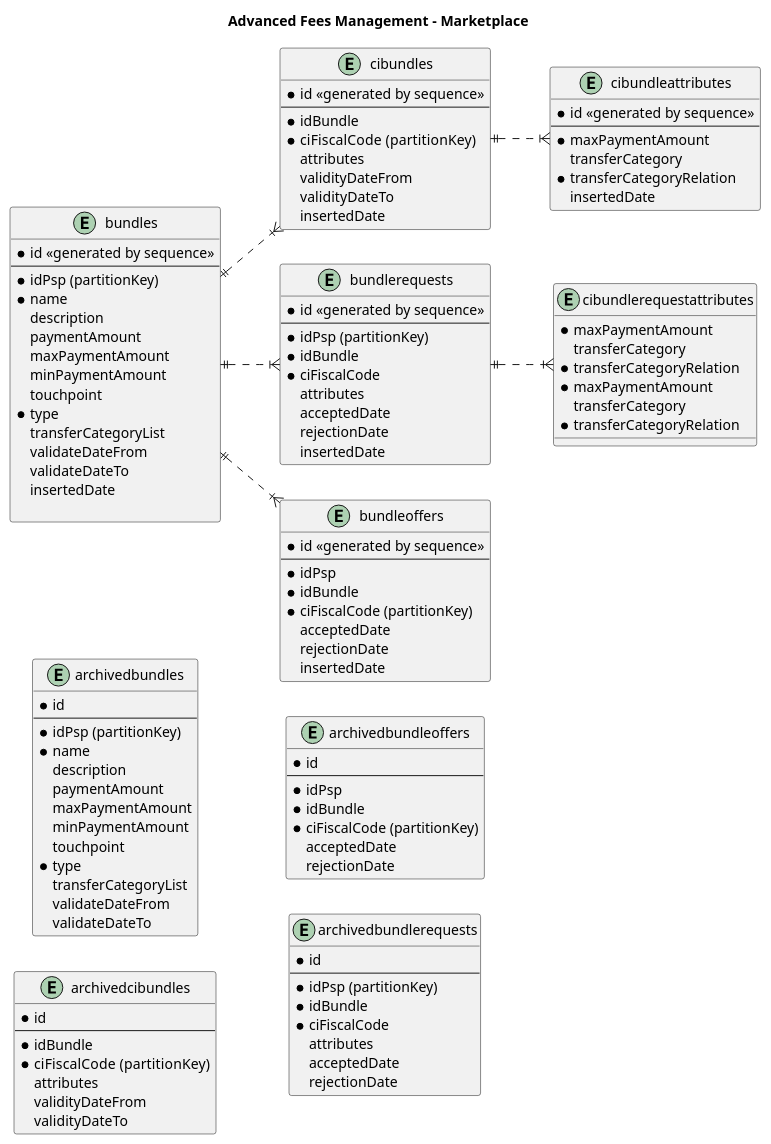
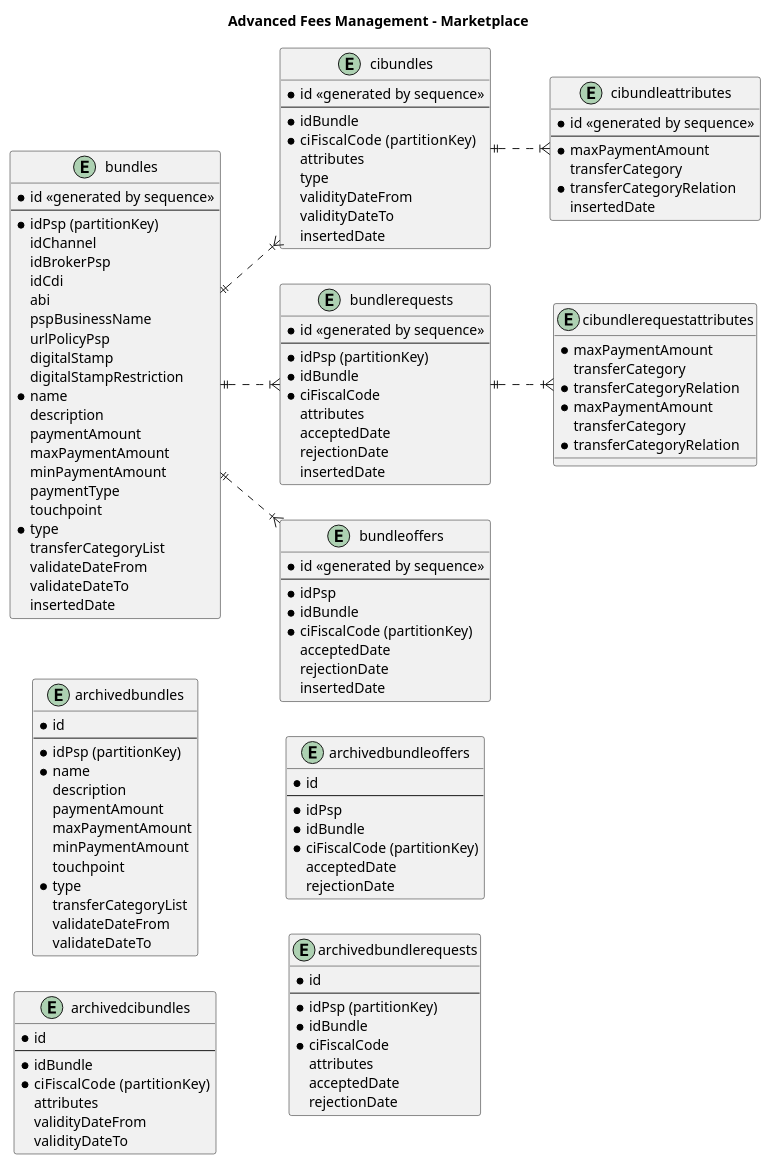
Before and after one commit to pagopa/pagopa-afm-marketplace-be: the diagram in doc/entities.puml, drawn with PlantUML.

Commit message:
PAGOPA-1675 allineamento schema ER

```diff
--- a/doc/entities.puml
+++ b/doc/entities.puml
@@ -1,133 +1,142 @@
 @startuml ER-debtPosition
 left to right direction
 
 title Advanced Fees Management - Marketplace
 
 
 entity bundles {
   * id <<generated by sequence>>
   --
   * idPsp (partitionKey)
+  idChannel
+  idBrokerPsp
+  idCdi
+  abi
+  pspBusinessName
+  urlPolicyPsp
+  digitalStamp
+  digitalStampRestriction
   * name
   description
   paymentAmount
   maxPaymentAmount
   minPaymentAmount
+  paymentType
   touchpoint
   * type
   transferCategoryList
   validateDateFrom
   validateDateTo
   insertedDate
-
 }
 
 entity cibundles {
   * id <<generated by sequence>>
   --
   * idBundle
   * ciFiscalCode  (partitionKey)
   attributes
+  type
   validityDateFrom
   validityDateTo
   insertedDate
 }
 
 entity cibundleattributes {
   * id <<generated by sequence>>
   --
   * maxPaymentAmount
   transferCategory
   * transferCategoryRelation
   insertedDate
 }
 
 entity bundlerequests {
   * id <<generated by sequence>>
   --
   * idPsp (partitionKey)
   * idBundle
   * ciFiscalCode
   attributes
   acceptedDate
   rejectionDate
   insertedDate
 }
 
 entity cibundlerequestattributes {
   * maxPaymentAmount
   transferCategory
   * transferCategoryRelation
 }
 
 entity bundleoffers {
   * id <<generated by sequence>>
   --
   * idPsp
   * idBundle
   * ciFiscalCode (partitionKey)
   acceptedDate
   rejectionDate
   insertedDate
 }
 
 entity archivedbundles {
   * id
   --
   * idPsp (partitionKey)
   * name
   description
   paymentAmount
   maxPaymentAmount
   minPaymentAmount
   touchpoint
   * type
   transferCategoryList
   validateDateFrom
   validateDateTo
 }
 
 entity archivedcibundles {
   * id
   --
   * idBundle
   * ciFiscalCode  (partitionKey)
   attributes
   validityDateFrom
   validityDateTo
 }
 
 entity cibundlerequestattributes {
   * maxPaymentAmount
   transferCategory
   * transferCategoryRelation
 }
 
 entity archivedbundleoffers {
   * id
   --
   * idPsp
   * idBundle
   * ciFiscalCode (partitionKey)
   acceptedDate
   rejectionDate
 }
 
 entity archivedbundlerequests {
   * id
   --
   * idPsp (partitionKey)
   * idBundle
   * ciFiscalCode
   attributes
   acceptedDate
   rejectionDate
 }
 
 bundles ||..|{ cibundles
 cibundles ||..|{ cibundleattributes
 bundles ||..|{ bundlerequests
 bundlerequests ||..|{ cibundlerequestattributes
 bundles ||..|{ bundleoffers
 
 @enduml
```
